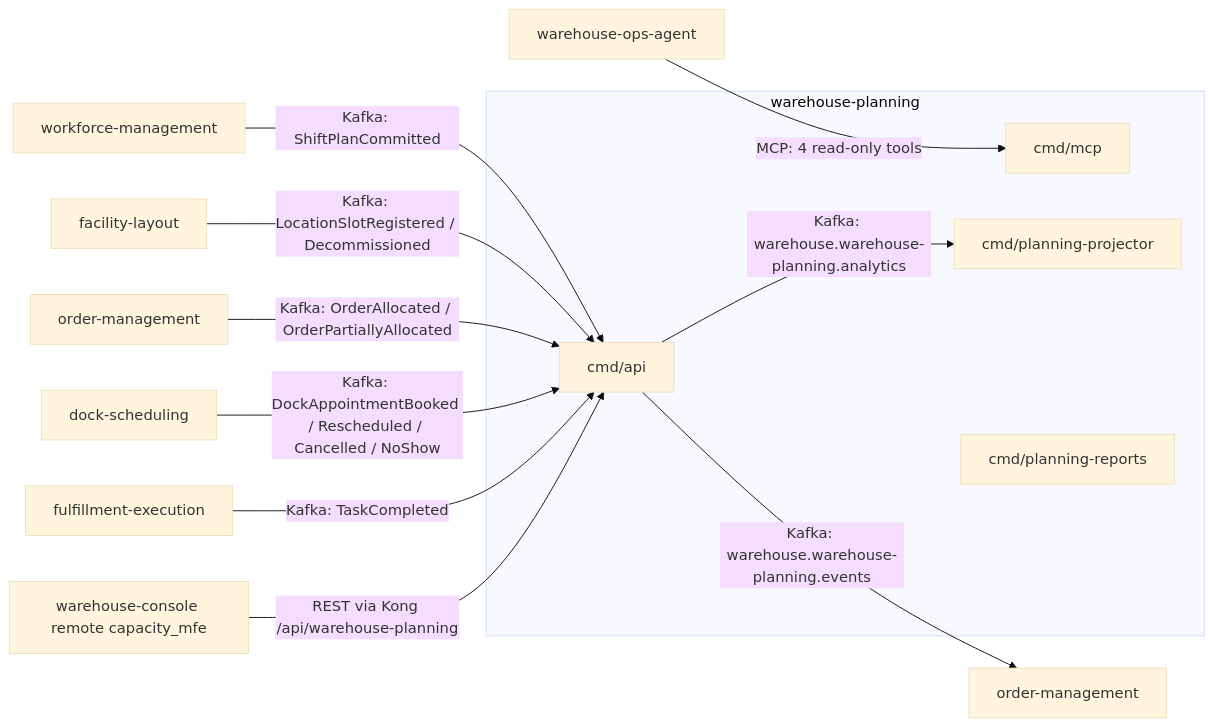
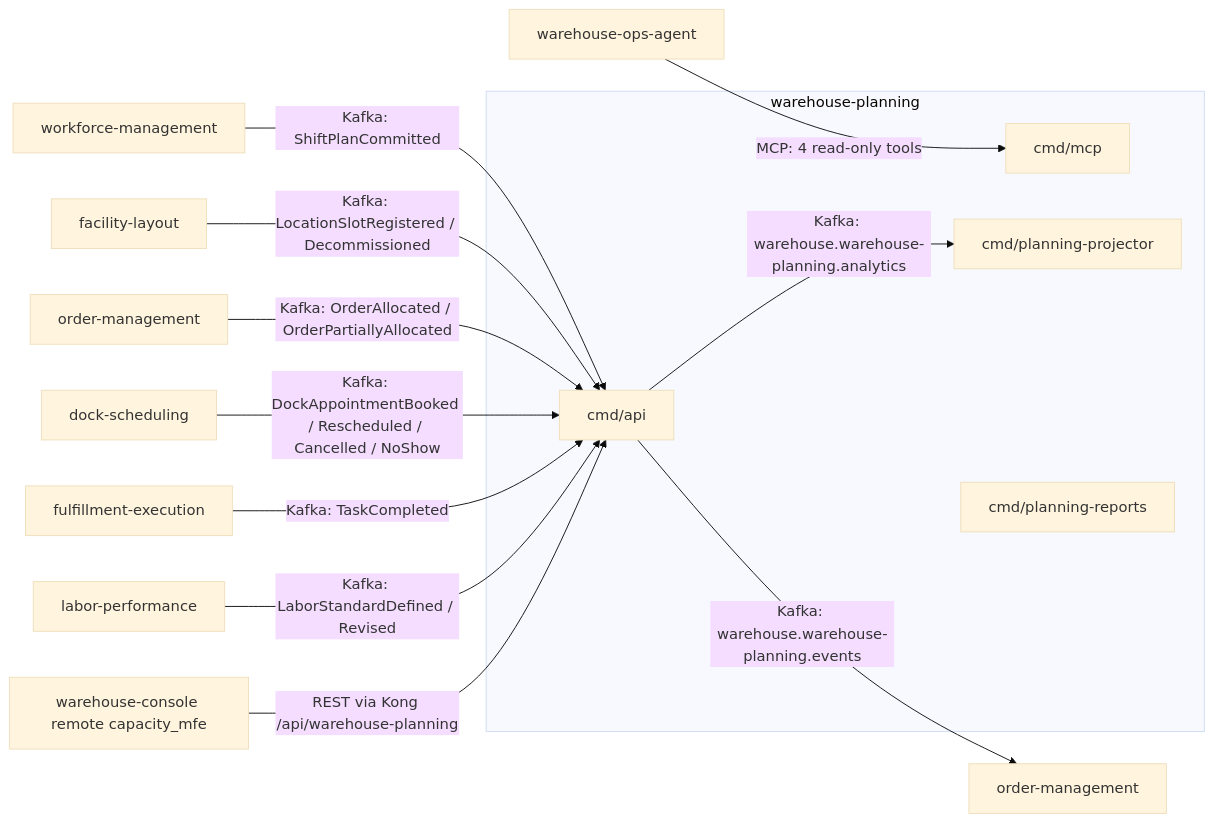
The diagram in docs/docs/ecosystem/upstream-contracts.md (IQVO/warehouse-planning), drawn with Mermaid (base theme) before and after one commit. The commit also changed other lines of this file and 14 other files, not shown here.

````diff
--- a/docs/docs/ecosystem/upstream-contracts.md
+++ b/docs/docs/ecosystem/upstream-contracts.md
@@ -19,18 +19,19 @@
 ```mermaid
 flowchart LR
   WFM[workforce-management] -- "Kafka: ShiftPlanCommitted" --> API
   FL[facility-layout] -- "Kafka: LocationSlotRegistered / Decommissioned" --> API
   OM1[order-management] -- "Kafka: OrderAllocated / OrderPartiallyAllocated" --> API
   DS[dock-scheduling] -- "Kafka: DockAppointmentBooked / Rescheduled / Cancelled / NoShow" --> API
   FE[fulfillment-execution] -- "Kafka: TaskCompleted" --> API
+  LPF[labor-performance] -- "Kafka: LaborStandardDefined / Revised" --> API
   CON[warehouse-console remote capacity_mfe] -- "REST via Kong /api/warehouse-planning" --> API
   AGT[warehouse-ops-agent] -- "MCP: 4 read-only tools" --> MCP
   subgraph WP[warehouse-planning]
     API[cmd/api]
     MCP[cmd/mcp]
     PROJ[cmd/planning-projector]
     REP[cmd/planning-reports]
   end
   API -- "Kafka: warehouse.warehouse-planning.events" --> OM2[order-management]
   API -- "Kafka: warehouse.warehouse-planning.analytics" --> PROJ
 ```
````
